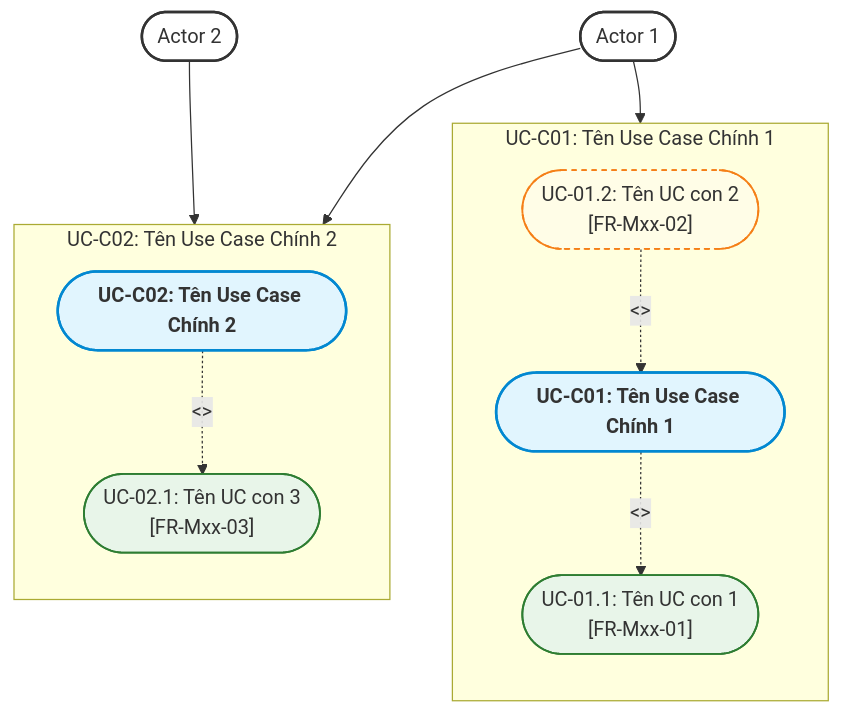
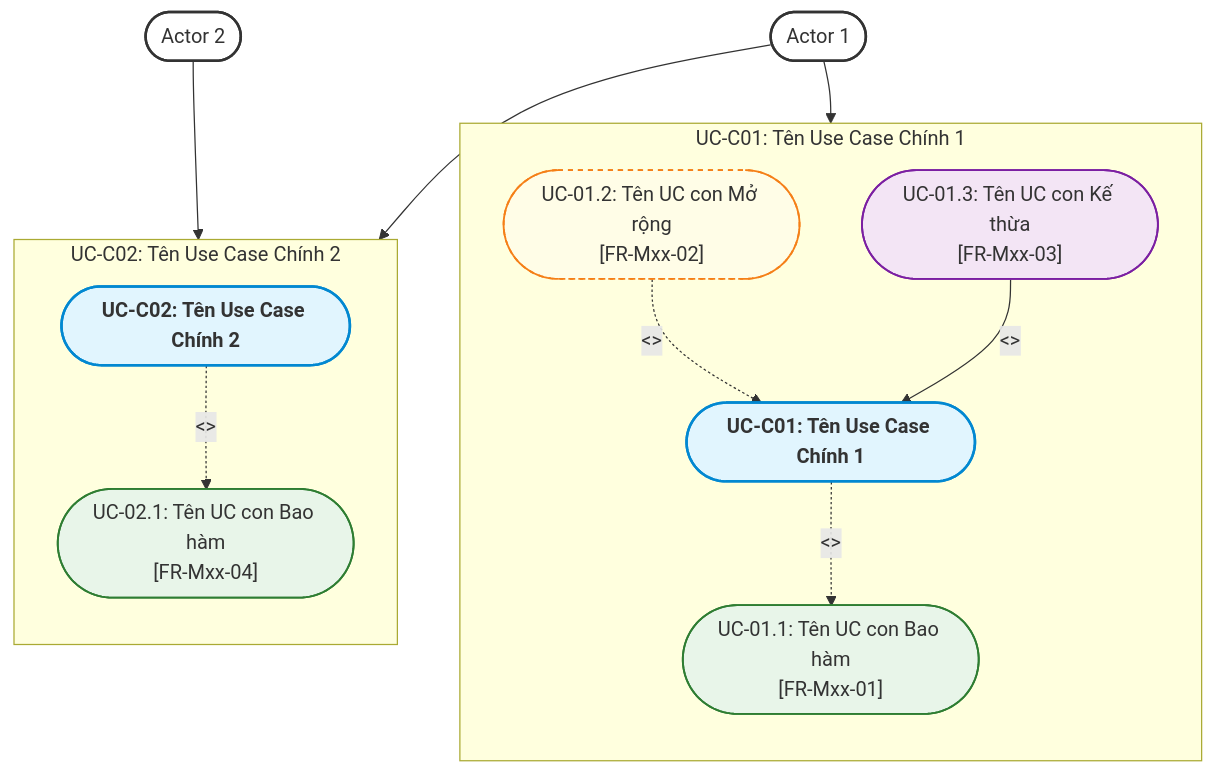
One commit to dat2k42004/iShare changed the third of 3 diagrams in .agent-instructions/skills/use-case-analysis/output/us-template.md. Above: the diagram before and after it, drawn with Mermaid. The commit also changed other lines of this file and 8 other files, not shown here.

````diff
--- a/.agent-instructions/skills/use-case-analysis/output/us-template.md
+++ b/.agent-instructions/skills/use-case-analysis/output/us-template.md
@@ -156,39 +170,43 @@
 ```mermaid
 flowchart TB
     %% ACTORS
     Actor1(["Actor 1"])
     Actor2(["Actor 2"])
 
     %% UC-C01 GROUP
     subgraph UCC01 ["UC-C01: Tên Use Case Chính 1"]
         direction TB
         UC_C01(["UC-C01: Tên Use Case Chính 1"])
-        INC_C01_1(["UC-01.1: Tên UC con 1<br/>[FR-Mxx-01]"])
-        EXT_C01_1(["UC-01.2: Tên UC con 2<br/>[FR-Mxx-02]"])
+        INC_C01_1(["UC-01.1: Tên UC con Bao hàm<br/>[FR-Mxx-01]"])
+        EXT_C01_1(["UC-01.2: Tên UC con Mở rộng<br/>[FR-Mxx-02]"])
+        GEN_C01_1(["UC-01.3: Tên UC con Kế thừa<br/>[FR-Mxx-03]"])
         UC_C01 -.->|"<<include>>"| INC_C01_1
         EXT_C01_1 -.->|"<<extend>>"| UC_C01
+        GEN_C01_1 -->|"<<generalization>>"| UC_C01
     end
 
     %% UC-C02 GROUP
     subgraph UCC02 ["UC-C02: Tên Use Case Chính 2"]
         direction TB
         UC_C02(["UC-C02: Tên Use Case Chính 2"])
-        INC_C02_1(["UC-02.1: Tên UC con 3<br/>[FR-Mxx-03]"])
+        INC_C02_1(["UC-02.1: Tên UC con Bao hàm<br/>[FR-Mxx-04]"])
         UC_C02 -.->|"<<include>>"| INC_C02_1
     end
 
     %% ACTORS TO CORE USE CASES
     Actor1 --> UC_C01
     Actor1 --> UC_C02
     Actor2 --> UC_C02
 
     %% STYLING
     classDef actorStyle fill:#ffffff,stroke:#333333,stroke-width:2px;
     classDef coreUC fill:#e1f5fe,stroke:#0288d1,stroke-width:2px,font-weight:bold;
     classDef incStyle fill:#e8f5e9,stroke:#2e7d32,stroke-width:1.5px;
     classDef extStyle fill:#fffde7,stroke:#f57f17,stroke-width:1.5px,stroke-dasharray: 4 4;
+    classDef genStyle fill:#f3e5f5,stroke:#7b1fa2,stroke-width:1.5px;
     class Actor1,Actor2 actorStyle;
     class UC_C01,UC_C02 coreUC;
     class INC_C01_1,INC_C02_1 incStyle;
     class EXT_C01_1 extStyle;
+    class GEN_C01_1 genStyle;
 ```
````
